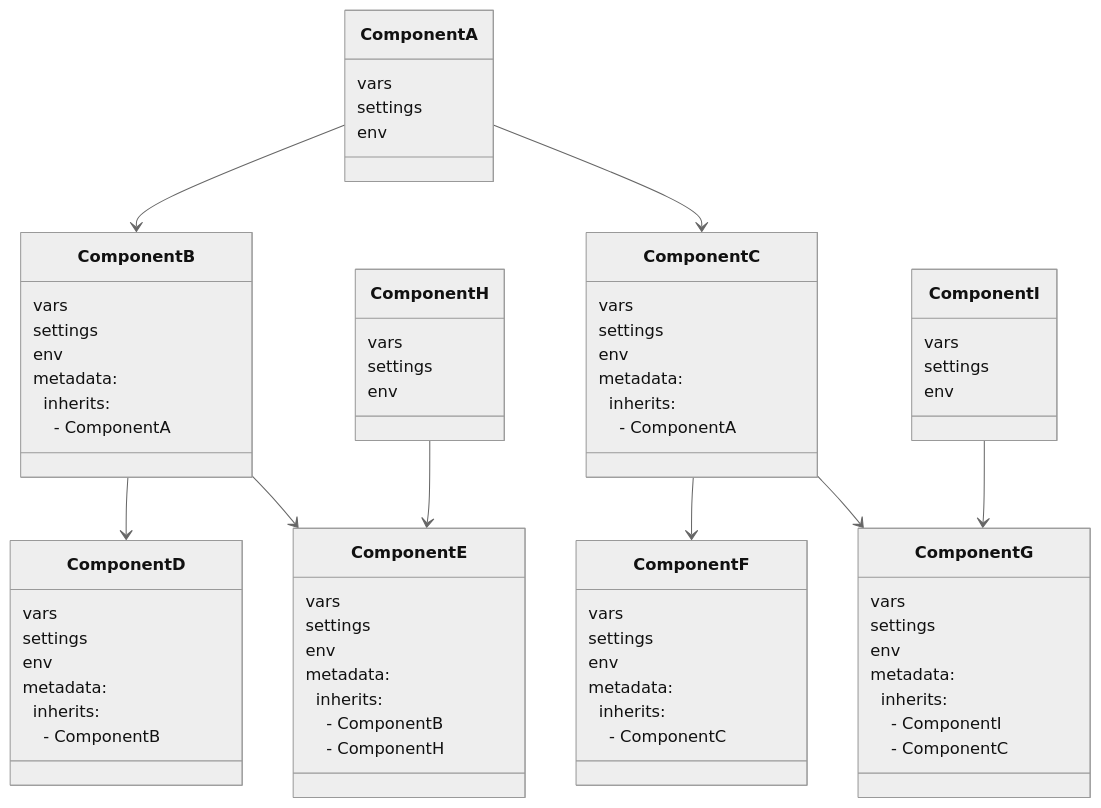
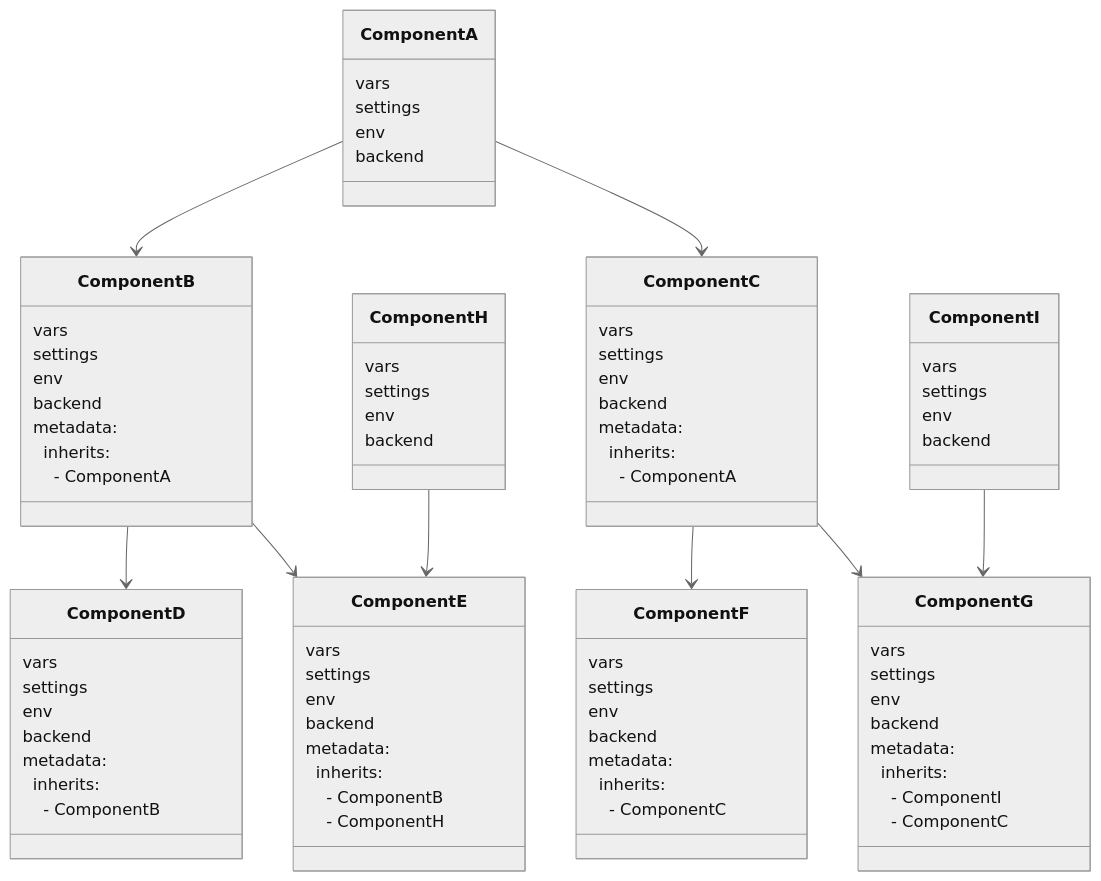
Before and after one commit to cloudposse/atmos: the fourth of 5 diagrams in website/docs/core-concepts/components/component-inheritance.md, drawn with Mermaid (neutral theme). The commit also changed other lines of this file and 1 other file, not shown here.

````diff
--- a/website/docs/core-concepts/components/component-inheritance.md
+++ b/website/docs/core-concepts/components/component-inheritance.md
@@ -394,10 +403,12 @@
       ComponentA : vars
       ComponentA : settings
       ComponentA : env
+      ComponentA : backend
       class ComponentB {
           vars
           settings
           env
+          backend
           metadata:
           &nbsp;&nbsp;inherits:
           &nbsp;&nbsp;&nbsp;&nbsp;- ComponentA&nbsp;&nbsp;
@@ -406,6 +417,7 @@
           vars
           settings
           env
+          backend
           metadata:
           &nbsp;&nbsp;inherits:
           &nbsp;&nbsp;&nbsp;&nbsp;- ComponentA&nbsp;&nbsp;
@@ -414,6 +426,7 @@
           vars
           settings
           env
+          backend
           metadata:
           &nbsp;&nbsp;inherits:
           &nbsp;&nbsp;&nbsp;&nbsp;- ComponentB&nbsp;&nbsp;
@@ -422,6 +435,7 @@
           vars
           settings
           env
+          backend
           metadata:
           &nbsp;&nbsp;inherits:
           &nbsp;&nbsp;&nbsp;&nbsp;- ComponentB&nbsp;&nbsp;
@@ -431,6 +445,7 @@
           vars
           settings
           env
+          backend
           metadata:
           &nbsp;&nbsp;inherits:
           &nbsp;&nbsp;&nbsp;&nbsp;- ComponentC&nbsp;&nbsp;
@@ -439,6 +454,7 @@
           vars
           settings
           env
+          backend
           metadata:
           &nbsp;&nbsp;inherits:
           &nbsp;&nbsp;&nbsp;&nbsp;- ComponentI&nbsp;&nbsp;
@@ -448,10 +464,12 @@
           vars
           settings
           env
+          backend
       }
       class ComponentI {
           vars
           settings
           env
+          backend
       }
 ```
````
